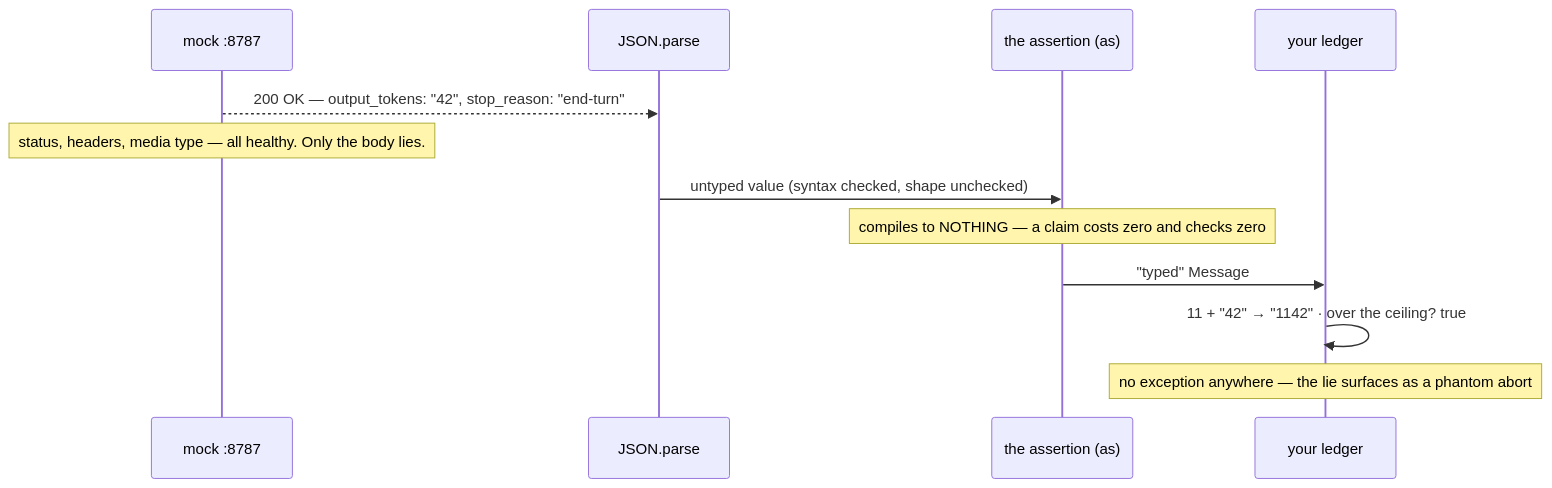
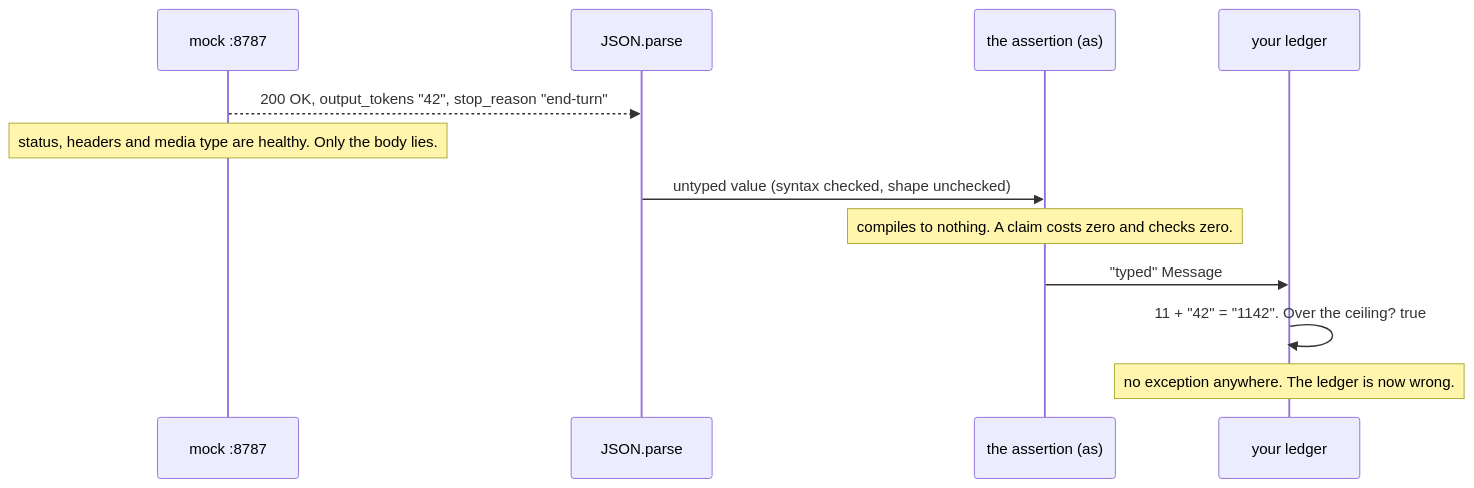
The first of 2 diagrams in wiki/lessons/lesson-0005-validate-the-boundary.md (JozsefKiss90/TS), drawn with Mermaid before and after one commit. The commit also changed other lines of this file and 46 other files, not shown here.

````diff
--- a/wiki/lessons/lesson-0005-validate-the-boundary.md
+++ b/wiki/lessons/lesson-0005-validate-the-boundary.md
@@ -19,14 +19,14 @@
 ```mermaid
 sequenceDiagram
     participant M as mock :8787
     participant J as JSON.parse
     participant A as the assertion (as)
     participant L as your ledger
-    M-->>J: 200 OK — output_tokens: "42", stop_reason: "end-turn"
-    Note over M: status, headers, media type — all healthy. Only the body lies.
+    M-->>J: 200 OK, output_tokens "42", stop_reason "end-turn"
+    Note over M: status, headers and media type are healthy. Only the body lies.
     J->>A: untyped value (syntax checked, shape unchecked)
-    Note over A: compiles to NOTHING — a claim costs zero and checks zero
+    Note over A: compiles to nothing. A claim costs zero and checks zero.
     A->>L: "typed" Message
-    L->>L: 11 + "42" → "1142" · over the ceiling? true
-    Note over L: no exception anywhere — the lie surfaces as a phantom abort
+    L->>L: 11 + "42" = "1142". Over the ceiling? true
+    Note over L: no exception anywhere. The ledger is now wrong.
 ```
````
